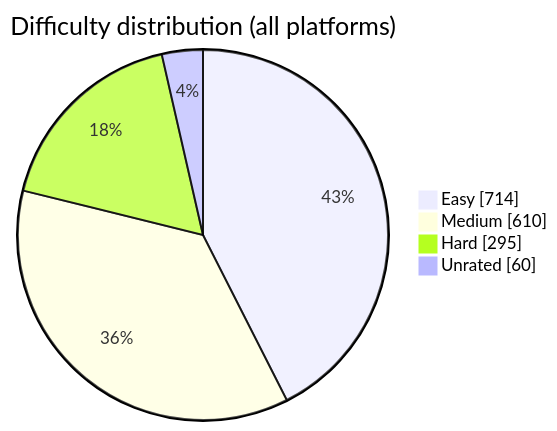
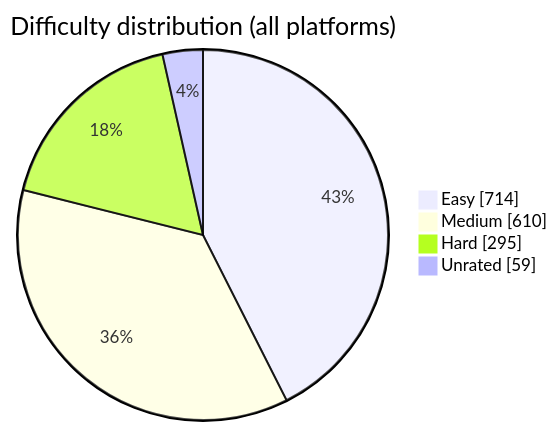
One commit to BuildbyArindam/Daily-Coding-Log changed the diagram in README.md. Above: the diagram before and after it, drawn with Mermaid. The commit also changed other lines of this file, not shown here.

````diff
--- a/README.md
+++ b/README.md
@@ -93,7 +93,7 @@
 ```mermaid
 pie showData title Difficulty distribution (all platforms)
     "Easy" : 714
     "Medium" : 610
     "Hard" : 295
-    "Unrated" : 60
+    "Unrated" : 59
 ```
````
